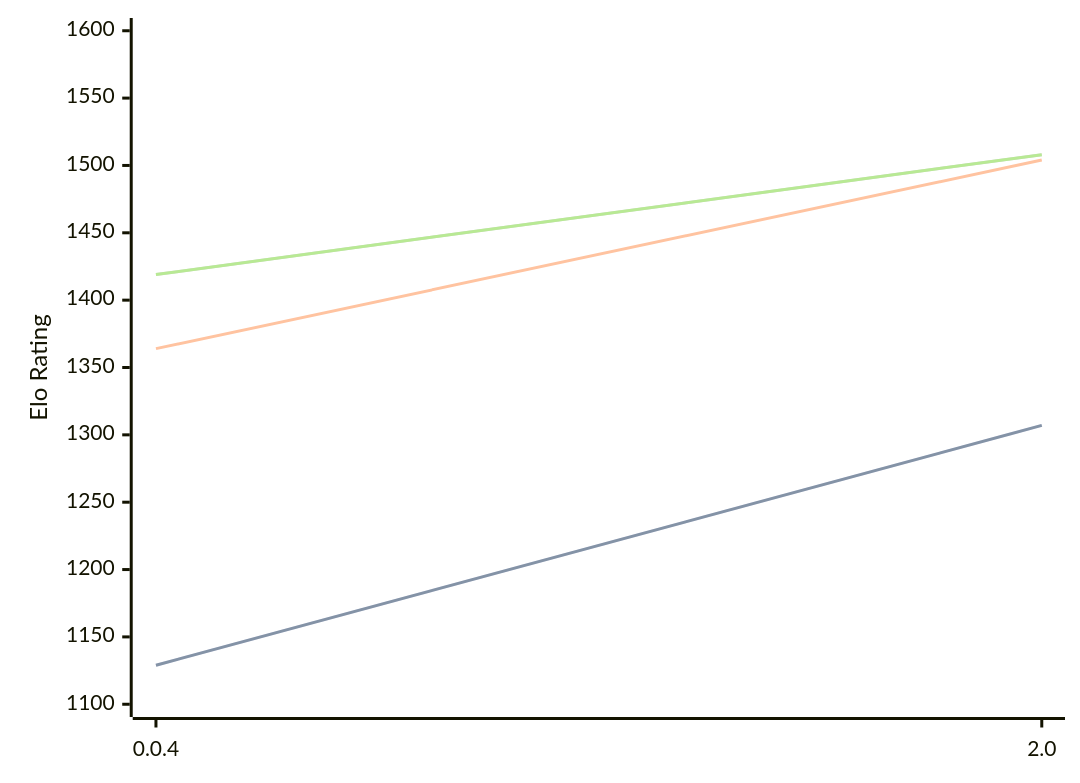
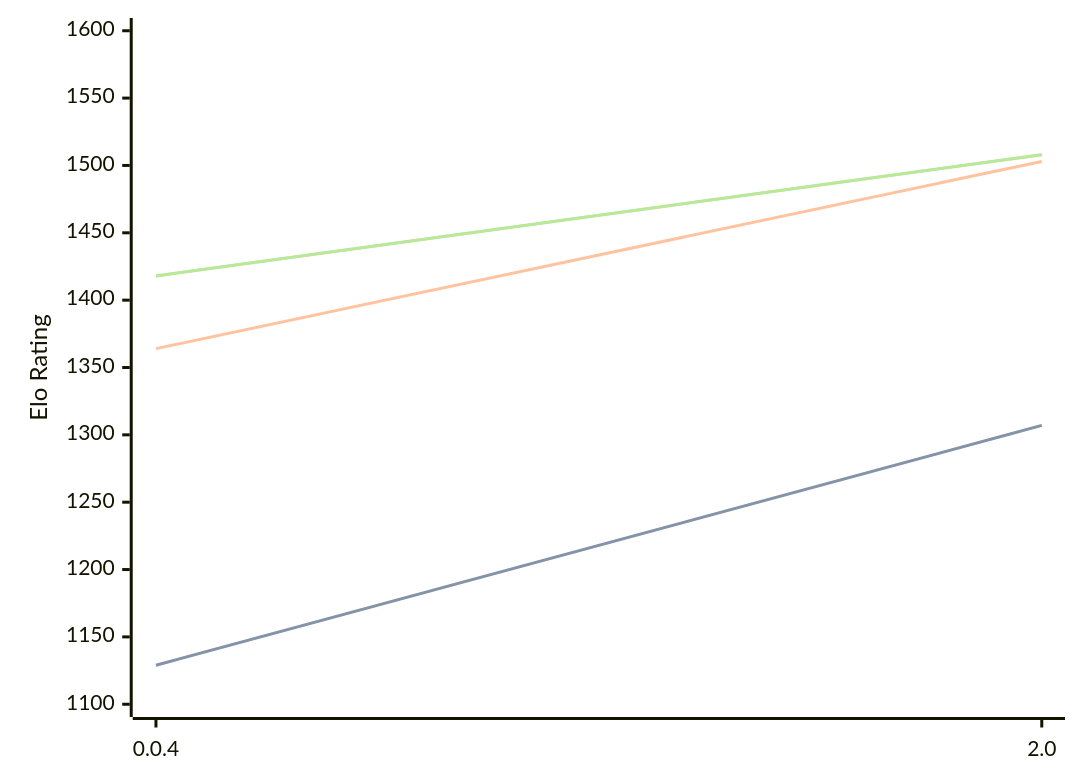
One commit to computer-chess-index/cci changed the diagram in engines/Oops!Mate.md. Above: the diagram before and after it, drawn with Mermaid. The commit also changed other lines of this file, not shown here.

Commit message:
Update CCI Ratings (ELO VLTC) - 2026-03-12

````diff
--- a/engines/Oops!Mate.md
+++ b/engines/Oops!Mate.md
@@ -49,11 +49,11 @@
 ```mermaid
 %%{init: {"theme":"base","themeVariables":{"seriesColors:['#a3a3a3','#222221','#faa371']}}}%%
 xychart-beta
   x-axis ["0.0.4", "2.0"]
   y-axis "Elo Rating" 1100 --> 1600
   line "STC (8.0+0.08s)" [1129, 1307]
   line "STC (8.0+0.08s)" [1129, 1307]
-  line "LTC (60.0+0.60s)" [1364, 1504]
-  line "VLTC (2m24s+1.12s)" [1419, 1508]
-  line "VLTC (2m24s+1.12s)" [1419, 1508]
+  line "LTC (60.0+0.60s)" [1364, 1503]
+  line "VLTC (2m24s+1.12s)" [1418, 1508]
+  line "VLTC (2m24s+1.12s)" [1418, 1508]
 ```
````
